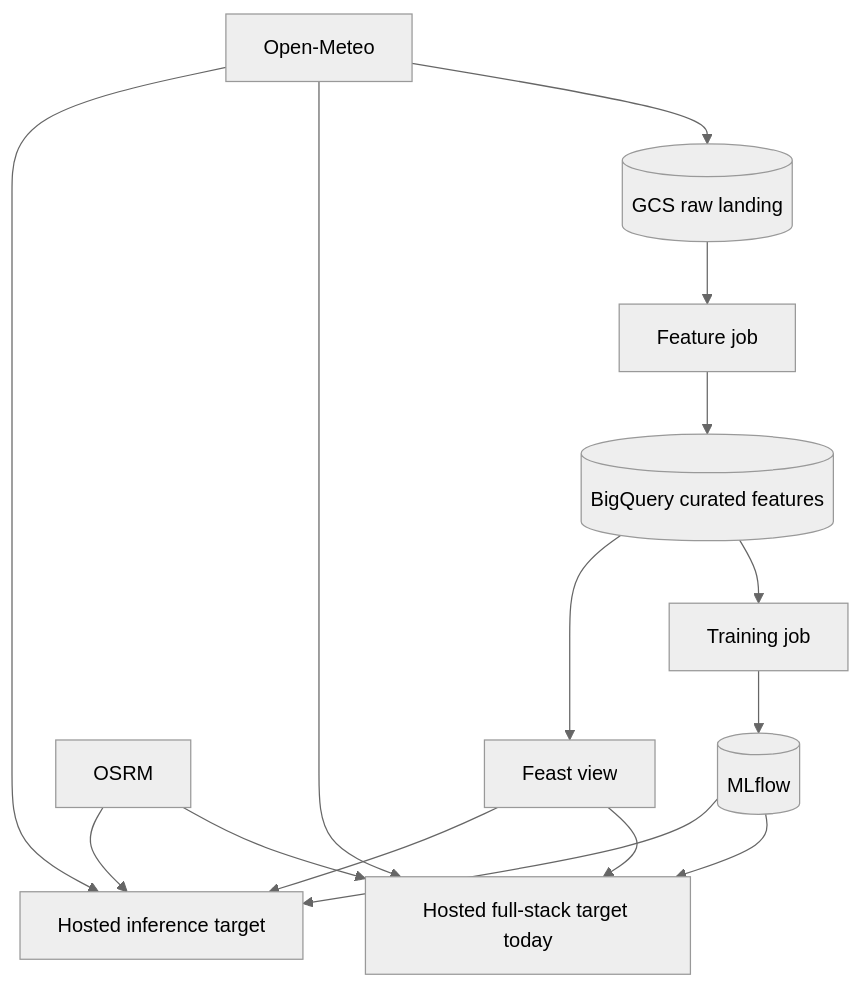
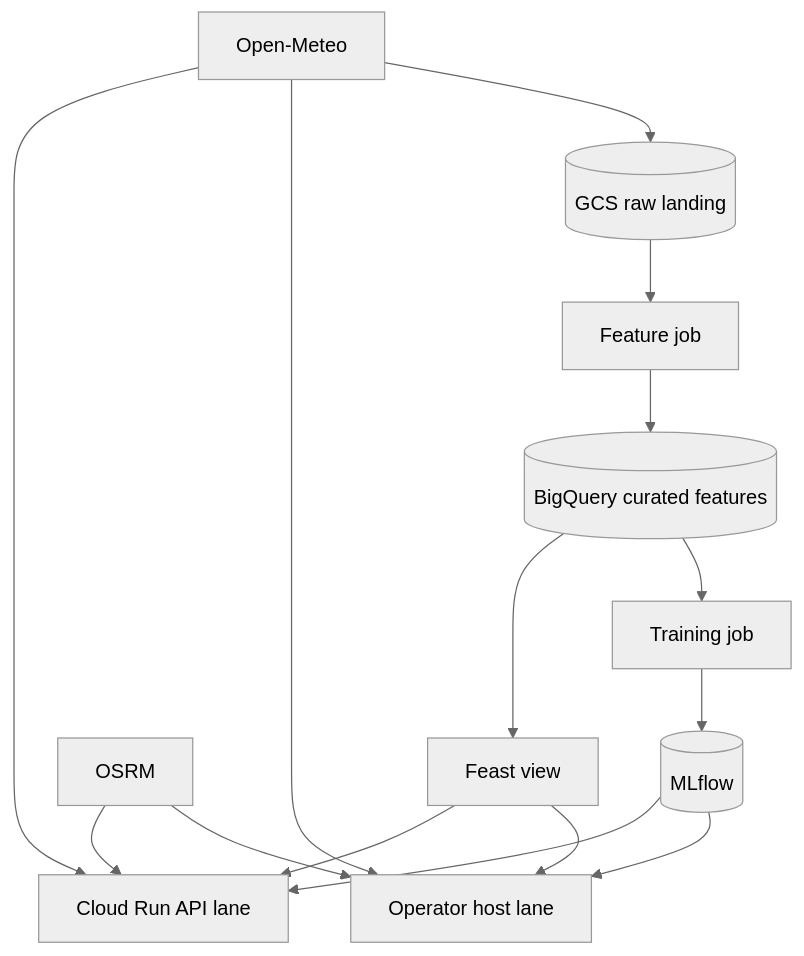
One commit to javihslu/foehncast changed the second of 2 diagrams in docs/site/system/cloud-mapping.md. Above: the diagram before and after it, drawn with Mermaid (neutral theme). The commit also changed other lines of this file and 13 other files, not shown here.

```diff
--- a/docs/site/system/cloud-mapping.md
+++ b/docs/site/system/cloud-mapping.md
@@ -143,17 +108,17 @@
 <div class="mermaid">
 flowchart TD
     OME[Open-Meteo] --> RAW[(GCS raw landing)]
     RAW --> FEAT[Feature job]
     FEAT --> BQ[(BigQuery curated features)]
     BQ --> TRAIN[Training job]
     TRAIN --> MLF[(MLflow)]
-    MLF --> HOST[Hosted full-stack target today]
-    MLF --> RUN[Hosted inference target]
+    MLF --> HOST[Operator host lane]
+    MLF --> RUN[Cloud Run API lane]
     OME --> HOST
     OME --> RUN
     OSRM[OSRM] --> HOST
     OSRM --> RUN
     BQ --> FEAST[Feast view]
     FEAST --> HOST
     FEAST --> RUN
 </div>
```
